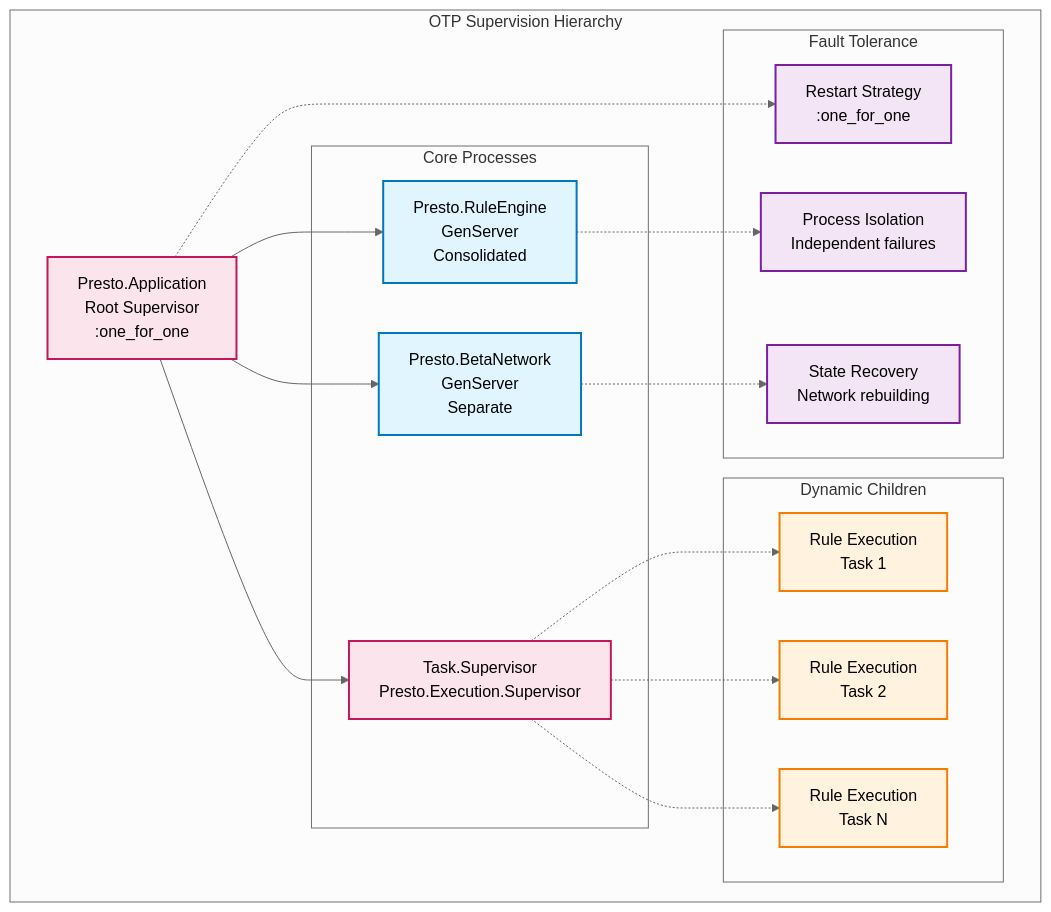
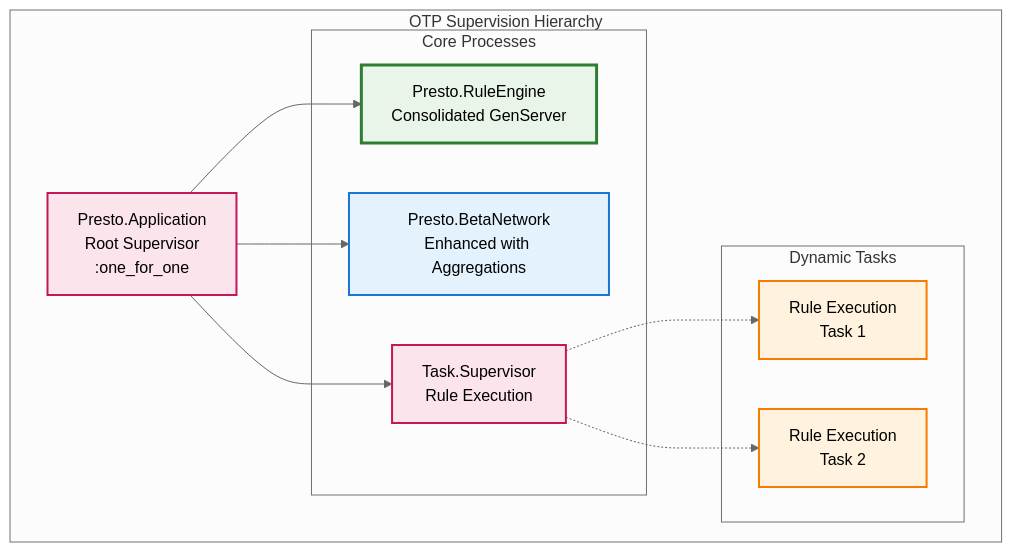
The first of 6 diagrams in specs/architecture.md (hl/presto), drawn with Mermaid (neutral theme) before and after one commit. The commit also changed other lines of this file and 11 other files, not shown here.

````diff
--- a/specs/architecture.md
+++ b/specs/architecture.md
@@ -101,47 +166,34 @@
 ```mermaid
 graph TD
     subgraph "OTP Supervision Hierarchy"
         App[Presto.Application<br/>Root Supervisor<br/>:one_for_one]
         
         subgraph "Core Processes"
-            RuleEngine[Presto.RuleEngine<br/>GenServer<br/>Consolidated]
-            BetaNetwork[Presto.BetaNetwork<br/>GenServer<br/>Separate]
-            TaskSup[Task.Supervisor<br/>Presto.Execution.Supervisor]
+            RuleEngine[Presto.RuleEngine<br/>Consolidated GenServer]
+            BetaNetwork[Presto.BetaNetwork<br/>Enhanced with Aggregations]
+            TaskSup[Task.Supervisor<br/>Rule Execution]
         end
         
-        subgraph "Dynamic Children"
+        subgraph "Dynamic Tasks"
             RuleTask1[Rule Execution<br/>Task 1]
             RuleTask2[Rule Execution<br/>Task 2]
-            RuleTaskN[Rule Execution<br/>Task N]
-        end
-        
-        subgraph "Fault Tolerance"
-            Restart1[Restart Strategy<br/>:one_for_one]
-            Isolation[Process Isolation<br/>Independent failures]
-            Recovery[State Recovery<br/>Network rebuilding]
         end
     end
     
     App --> RuleEngine
     App --> BetaNetwork  
     App --> TaskSup
     
     TaskSup -.-> RuleTask1
     TaskSup -.-> RuleTask2
-    TaskSup -.-> RuleTaskN
-    
-    App -.-> Restart1
-    RuleEngine -.-> Isolation
-    BetaNetwork -.-> Recovery
     
     classDef supervisor fill:#fce4ec,stroke:#c2185b,stroke-width:2px
-    classDef genserver fill:#e1f5fe,stroke:#0277bd,stroke-width:2px
+    classDef consolidated fill:#e8f5e8,stroke:#2e7d32,stroke-width:3px
+    classDef enhanced fill:#e3f2fd,stroke:#1976d2,stroke-width:2px
     classDef task fill:#fff3e0,stroke:#f57c00,stroke-width:2px
-    classDef fault fill:#f3e5f5,stroke:#7b1fa2,stroke-width:2px
     
     class App,TaskSup supervisor
-    class RuleEngine,BetaNetwork genserver
-    class RuleTask1,RuleTask2,RuleTaskN task
-    class Restart1,Isolation,Recovery fault
-
+    class RuleEngine consolidated
+    class BetaNetwork enhanced
+    class RuleTask1,RuleTask2 task
 ```
````
